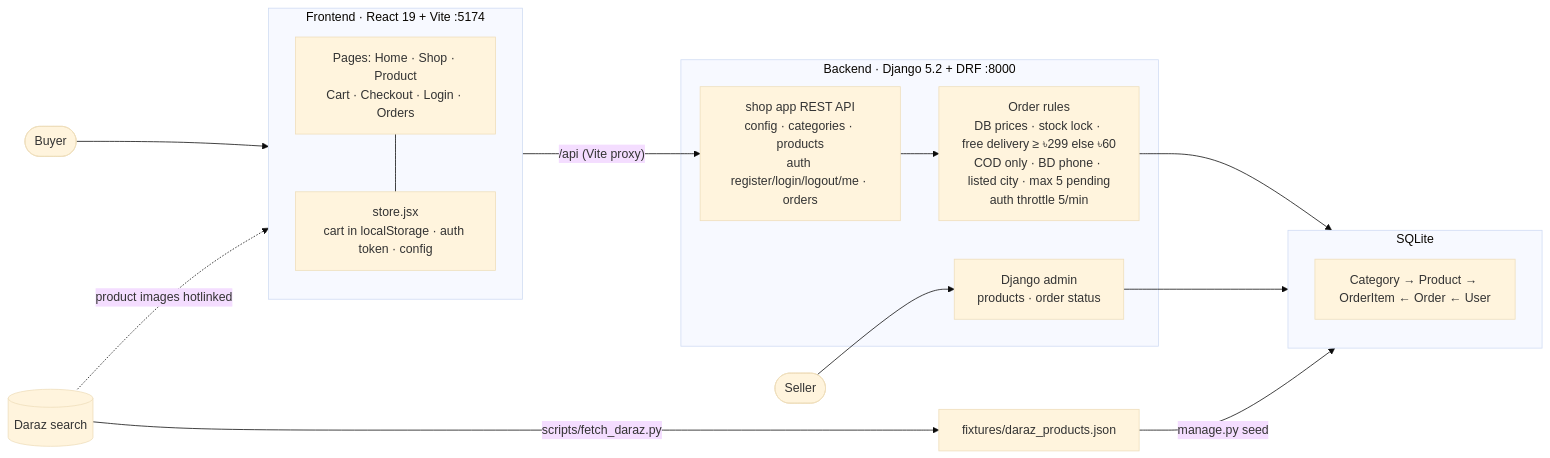
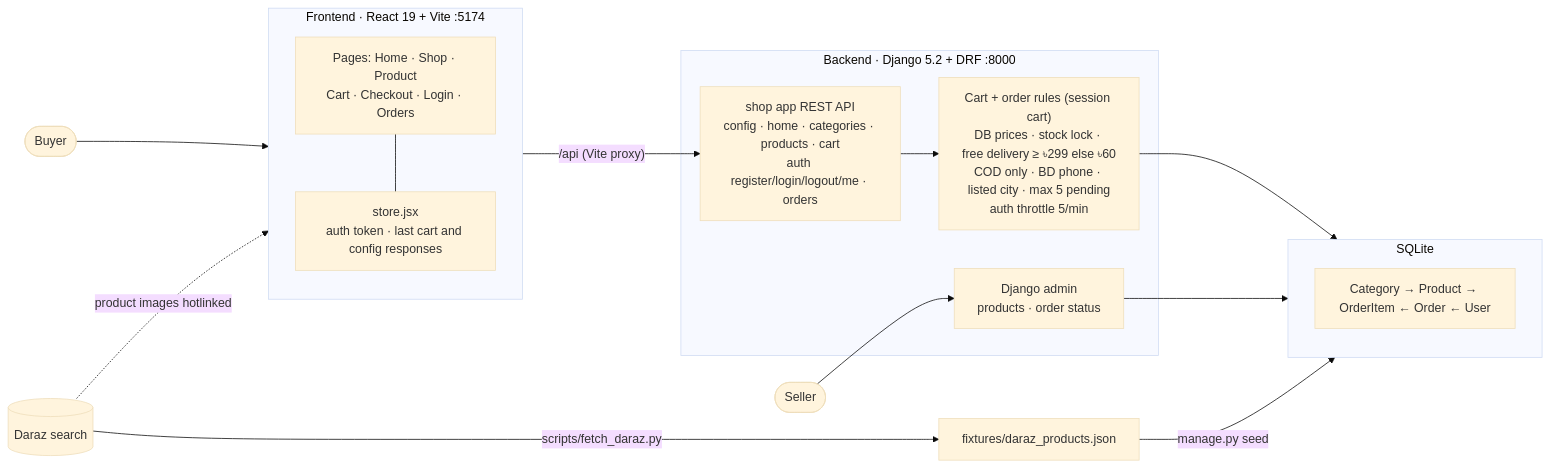
The diagram in README.md (ironMan-blip/Haat), drawn with Mermaid (base theme) before and after one commit. The commit also changed other lines of this file and 17 other files, not shown here.

Commit message:
feat: implement session-based cart and enhanced product details with API endpoints

````diff
--- a/README.md
+++ b/README.md
@@ -32,29 +32,29 @@
 ```mermaid
 flowchart LR
   subgraph FE["Frontend · React 19 + Vite :5174"]
     Pages["Pages: Home · Shop · Product<br/>Cart · Checkout · Login · Orders"]
-    Store["store.jsx<br/>cart in localStorage · auth token · config"]
+    Store["store.jsx<br/>auth token · last cart and config responses"]
     Pages --- Store
   end
 
   FE -- "/api (Vite proxy)" --> API
 
   subgraph BE["Backend · Django 5.2 + DRF :8000"]
-    API["shop app REST API<br/>config · categories · products<br/>auth register/login/logout/me · orders"]
-    Rules["Order rules<br/>DB prices · stock lock · free delivery ≥ ৳299 else ৳60<br/>COD only · BD phone · listed city · max 5 pending<br/>auth throttle 5/min"]
+    API["shop app REST API<br/>config · home · categories · products · cart<br/>auth register/login/logout/me · orders"]
+    Rules["Cart + order rules (session cart)<br/>DB prices · stock lock · free delivery ≥ ৳299 else ৳60<br/>COD only · BD phone · listed city · max 5 pending<br/>auth throttle 5/min"]
     Admin["Django admin<br/>products · order status"]
     API --> Rules
   end
 
   subgraph DB["SQLite"]
     Models["Category → Product → OrderItem ← Order ← User"]
   end
 
   Buyer([Buyer]) --> FE
   Seller([Seller]) --> Admin
   Rules --> DB
   Admin --> DB
   Daraz[(Daraz search)] -- "scripts/fetch_daraz.py" --> Fixture["fixtures/daraz_products.json"]
   Fixture -- "manage.py seed" --> DB
   Daraz -. "product images hotlinked" .-> FE
 ```
````
